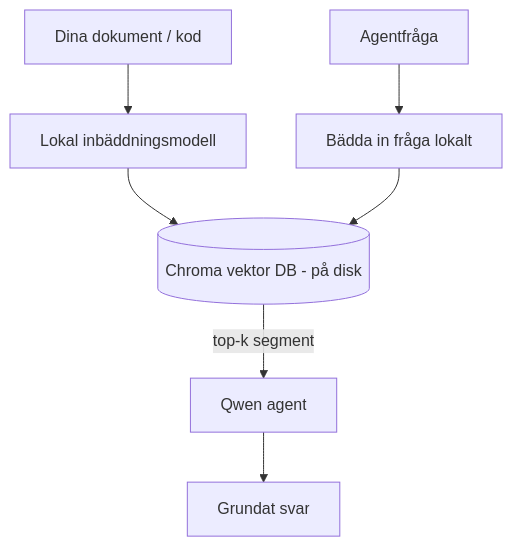
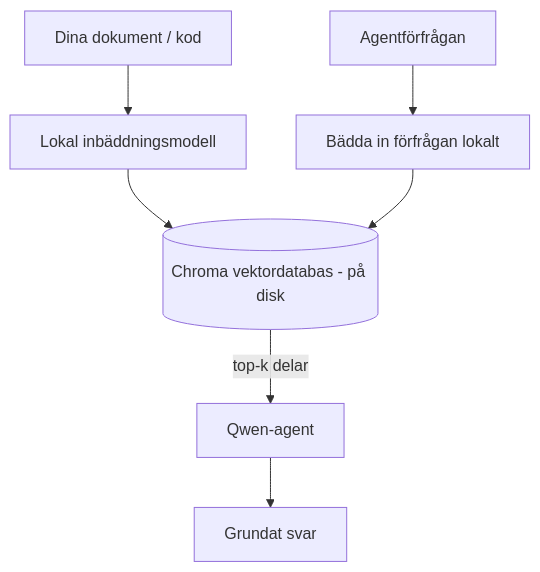
The third of 4 diagrams in translations/sv/17-creating-local-ai-agents/README.md (microsoft/ai-agents-for-beginners), drawn with Mermaid before and after one commit. The commit also changed other lines of this file and 46 other files, not shown here.

````diff
--- a/translations/sv/17-creating-local-ai-agents/README.md
+++ b/translations/sv/17-creating-local-ai-agents/README.md
@@ -125,9 +125,9 @@
 ```mermaid
 flowchart TB
     D[Dina dokument / kod] --> E[Lokal inbäddningsmodell]
-    E --> V[(Chroma vektor DB - på disk)]
-    Q[Agentfråga] --> QE[Bädda in fråga lokalt]
+    E --> V[(Chroma vektordatabas - på disk)]
+    Q[Agentförfrågan] --> QE[Bädda in förfrågan lokalt]
     QE --> V
-    V -->|top-k segment| A[Qwen agent]
+    V -->|top-k delar| A[Qwen-agent]
     A --> Ans[Grundat svar]
 ```
````
